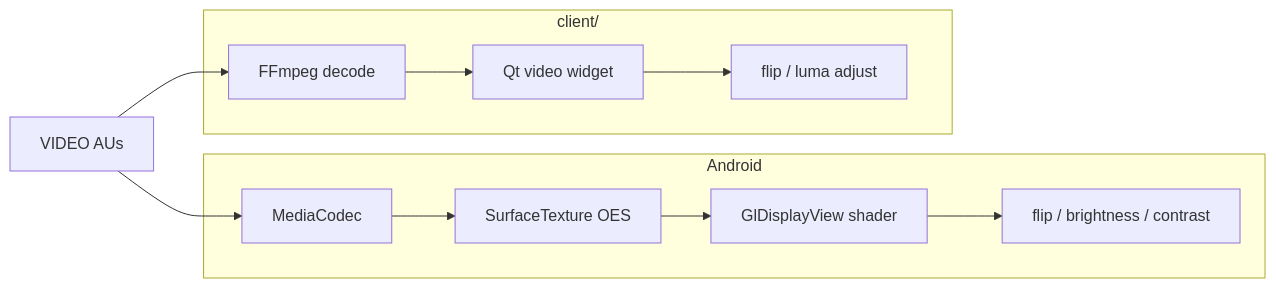
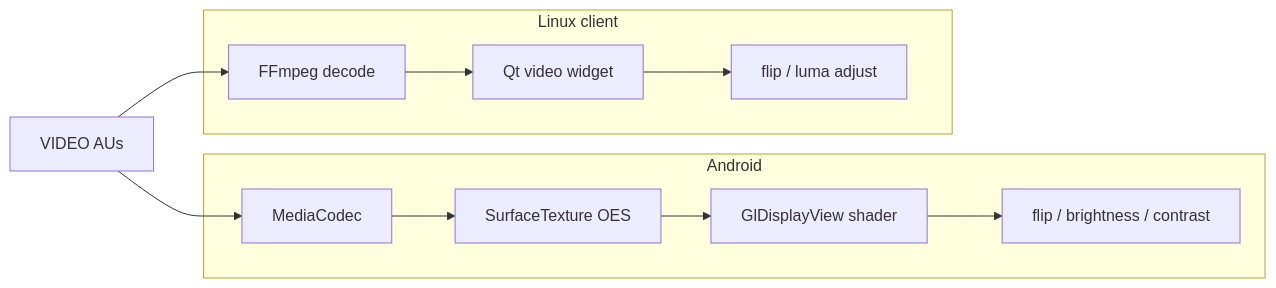
Before and after one commit to davidcarma/droppix: the ninth of 10 diagrams in docs/ARCHITECTURE.md, drawn with Mermaid. The commit also changed other lines of this file, not shown here.

First line of the commit message:
docs: fix Mermaid diagrams for GitHub rendering

````diff
--- a/docs/ARCHITECTURE.md
+++ b/docs/ARCHITECTURE.md
@@ -213,14 +210,14 @@
 ```mermaid
 graph LR
     subgraph Android
         MC[MediaCodec] --> ST[SurfaceTexture OES]
         ST --> GL[GlDisplayView shader]
         GL --> FX[flip / brightness / contrast]
     end
-    subgraph LinuxClient["client/"]
+    subgraph LinuxClient["Linux client"]
         FF[FFmpeg decode] --> QV[Qt video widget]
         QV --> FX2[flip / luma adjust]
     end
     VID[VIDEO AUs] --> MC
     VID --> FF
 ```
````
